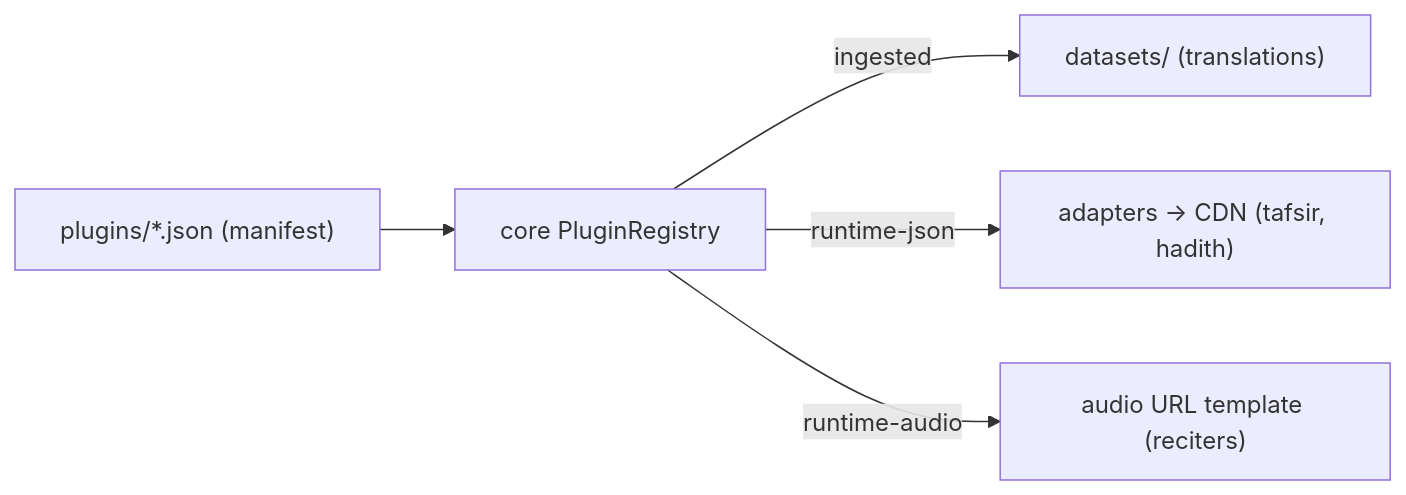
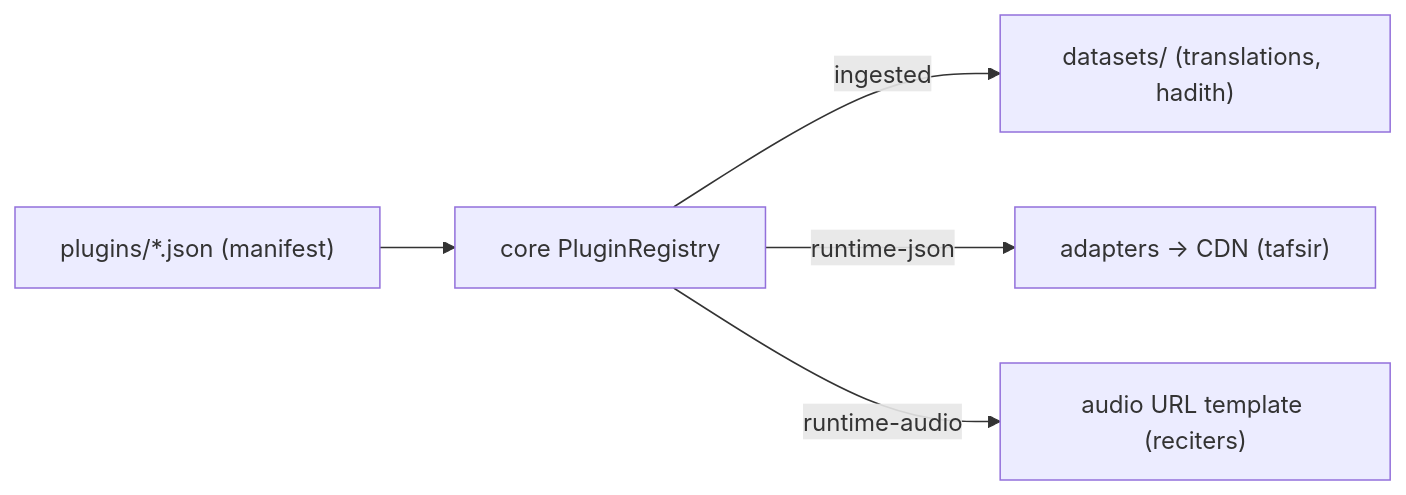
One commit to UmmahLibrary/ummah-library changed the fourth of 4 diagrams in ARCHITECTURE.md. Above: the diagram before and after it, drawn with Mermaid. The commit also changed other lines of this file and 6 other files, not shown here.

````diff
--- a/ARCHITECTURE.md
+++ b/ARCHITECTURE.md
@@ -140,7 +156,7 @@
 ```mermaid
 flowchart LR
   manifest["plugins/*.json (manifest)"] --> registry["core PluginRegistry"]
-  registry -->|ingested| bundle["datasets/ (translations)"]
-  registry -->|runtime-json| http["adapters → CDN (tafsir, hadith)"]
+  registry -->|ingested| bundle["datasets/ (translations, hadith)"]
+  registry -->|runtime-json| http["adapters → CDN (tafsir)"]
   registry -->|runtime-audio| audio["audio URL template (reciters)"]
 ```
````
